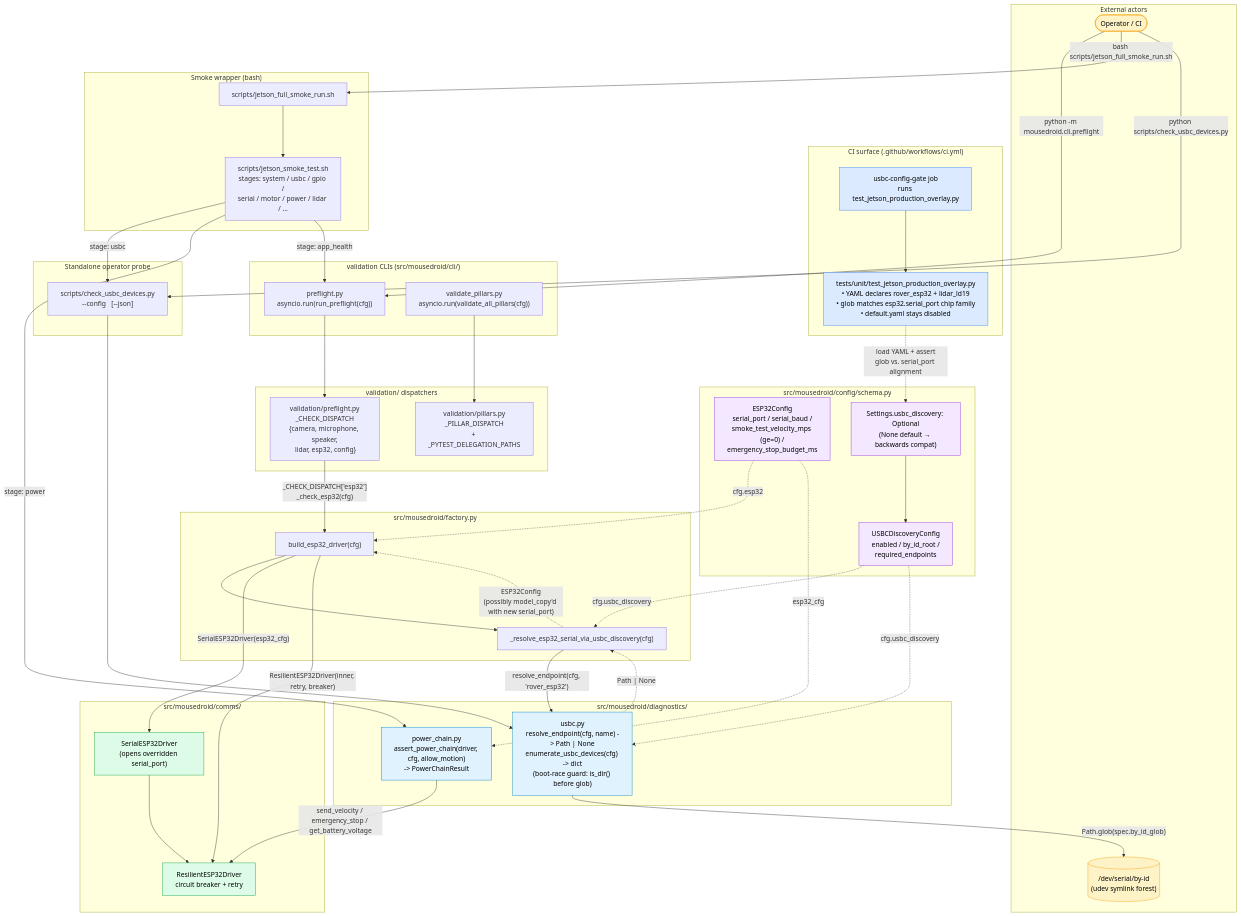
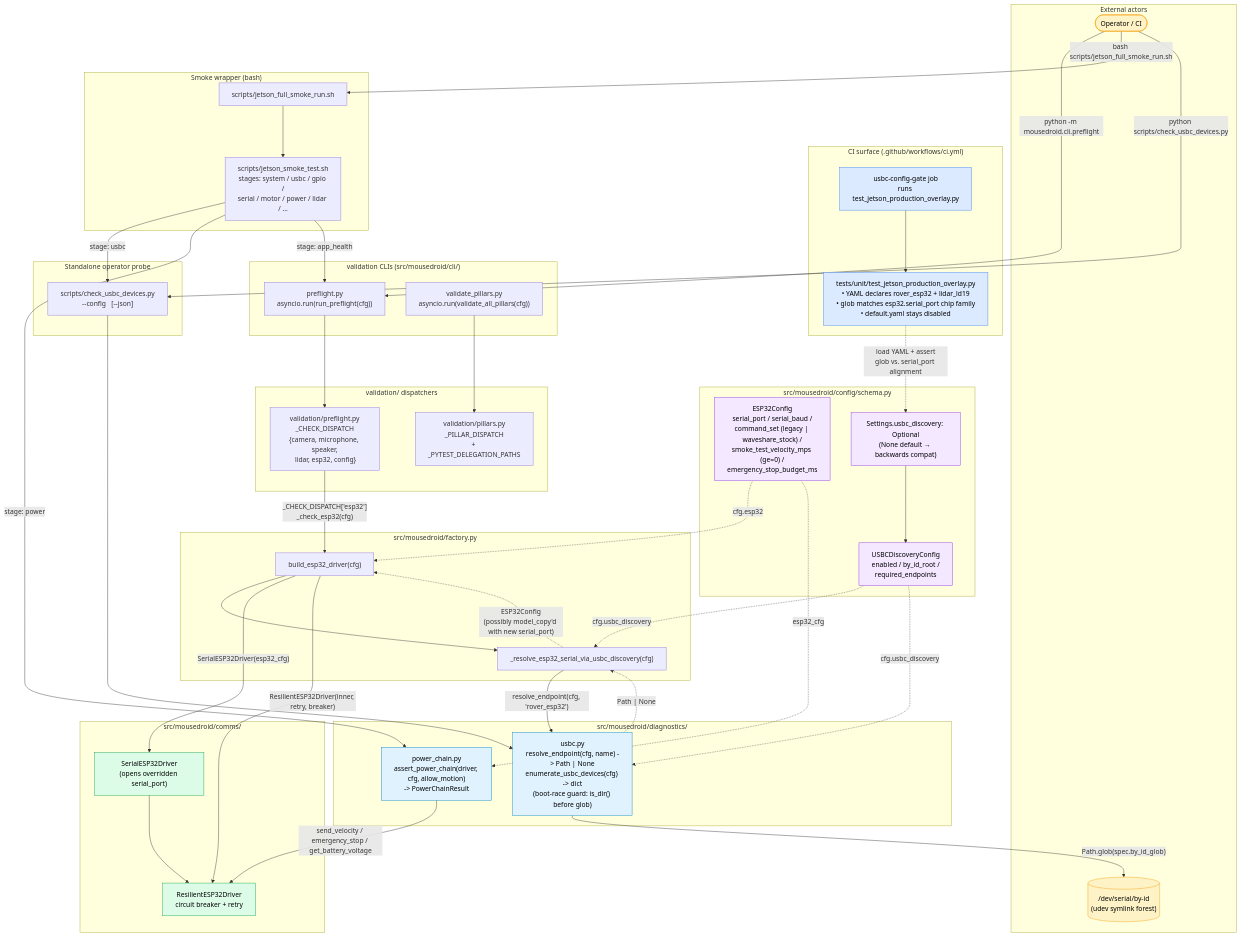
One commit to ianshank/Mouse-Droid-AGI changed the diagram in docs/architecture/c4-usbc-smoke.md. Above: the diagram before and after it, drawn with Mermaid. The commit also changed 7 other files, not shown here.

```diff
--- a/docs/architecture/c4-usbc-smoke.md
+++ b/docs/architecture/c4-usbc-smoke.md
@@ -56,7 +56,7 @@
 
     subgraph Config["src/mousedroid/config/schema.py"]
         UsbcCfg["USBCDiscoveryConfig\nenabled / by_id_root /\nrequired_endpoints"]
-        EsP32Cfg["ESP32Config\nserial_port / serial_baud /\nsmoke_test_velocity_mps (ge=0) /\nemergency_stop_budget_ms"]
+        EsP32Cfg["ESP32Config\nserial_port / serial_baud /\ncommand_set (legacy | waveshare_stock) /\nsmoke_test_velocity_mps (ge=0) /\nemergency_stop_budget_ms"]
         SettingsRoot["Settings.usbc_discovery: Optional\n(None default → backwards compat)"]
     end
 
```
